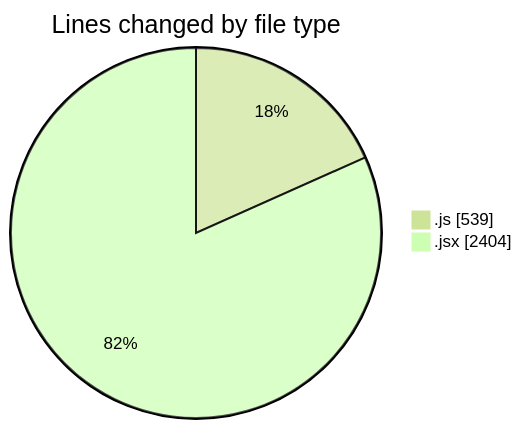
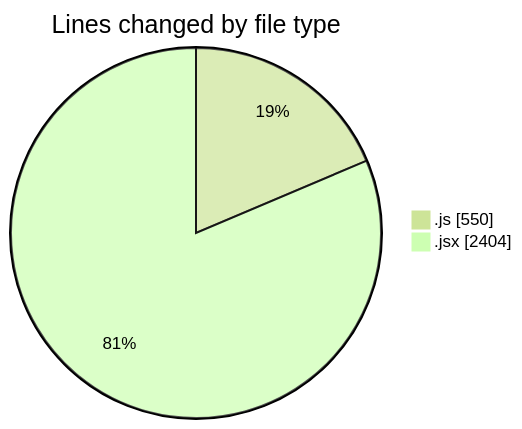
Before and after one commit to nxtqubesakshisongat/code-tracking: the first of 2 diagrams in 2026-01-05/nxtqube_webapp/README.md, drawn with Mermaid (forest theme). The commit also changed other lines of this file and 1 other file, not shown here.

````diff
--- a/2026-01-05/nxtqube_webapp/README.md
+++ b/2026-01-05/nxtqube_webapp/README.md
@@ -21,6 +21,6 @@
 ```mermaid
 pie showData
 title Lines changed by file type
-".js" : 539
+".js" : 550
 ".jsx" : 2404
 ```
````
